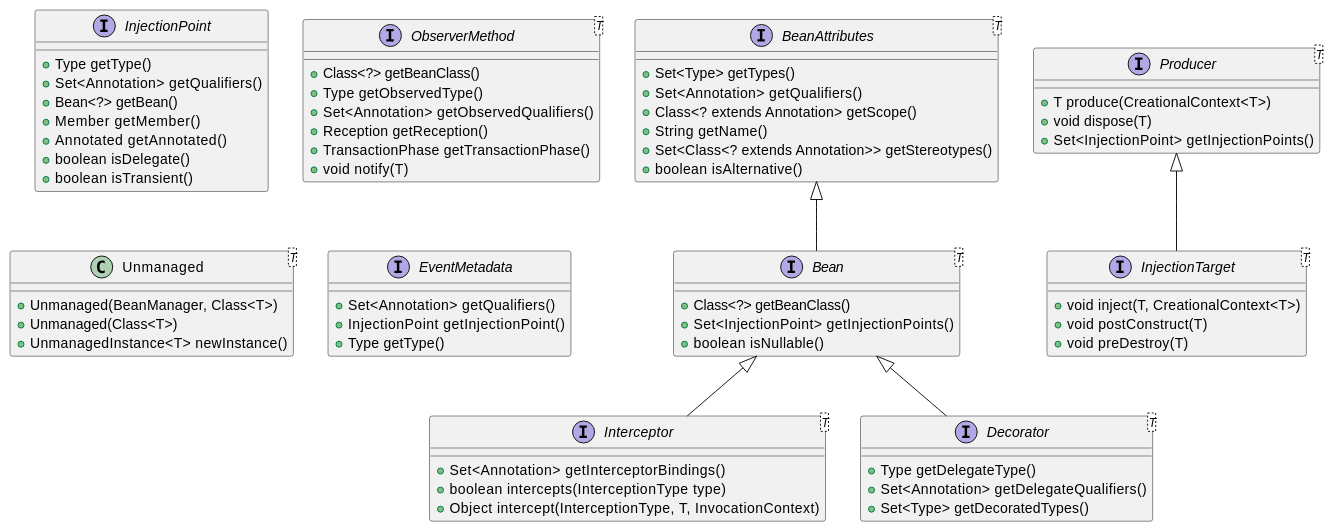
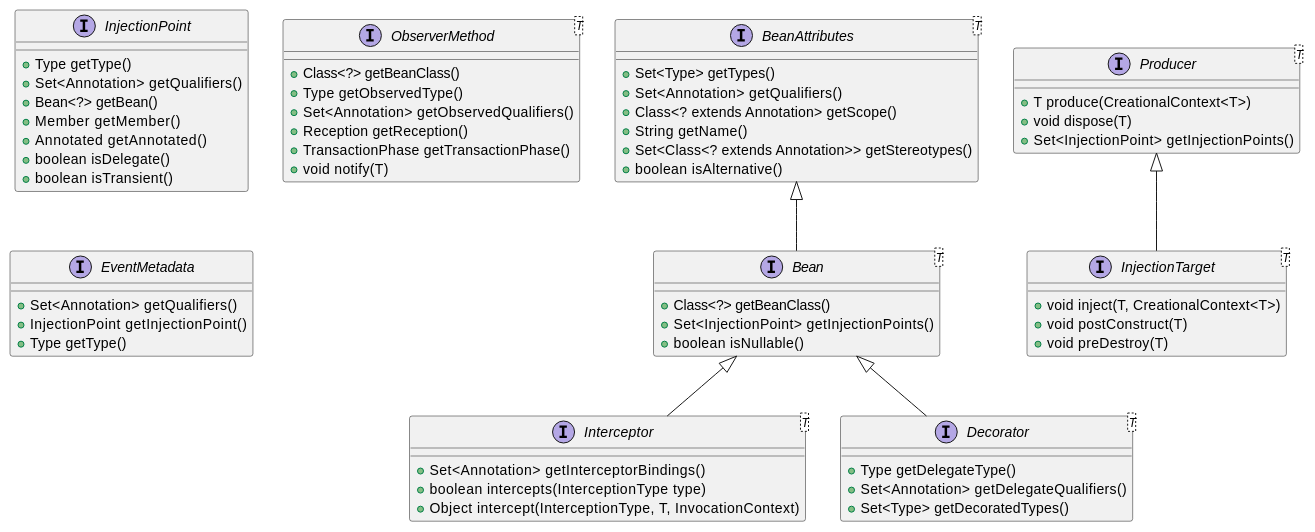
One commit to astefanutti/further-cdi changed the second of 4 diagrams in parts/spi.adoc. Above: the diagram before and after it, drawn with PlantUML. The commit also changed other lines of this file and 2 other files, not shown here.

```diff
--- a/parts/spi.adoc
+++ b/parts/spi.adoc
@@ -175,11 +175,6 @@
     +void notify(T)
 }
 
-class Unmanaged<T> {
-    +Unmanaged(BeanManager, Class<T>)
-    +Unmanaged(Class<T>)
-    +UnmanagedInstance<T> newInstance()
-}
 
 interface EventMetadata {
     +Set<Annotation> getQualifiers()
```
